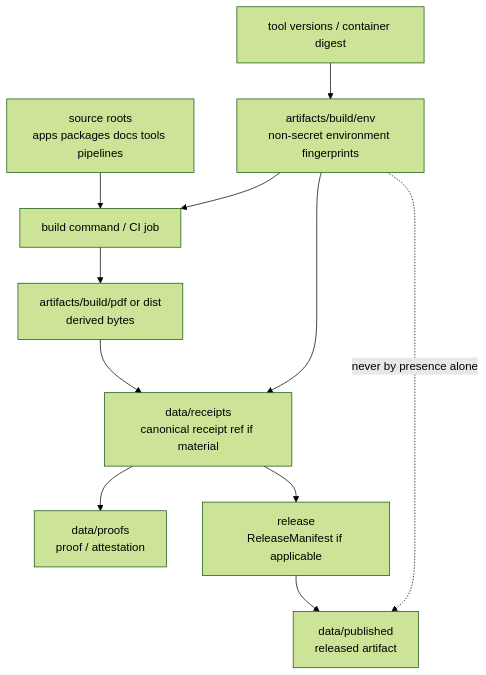
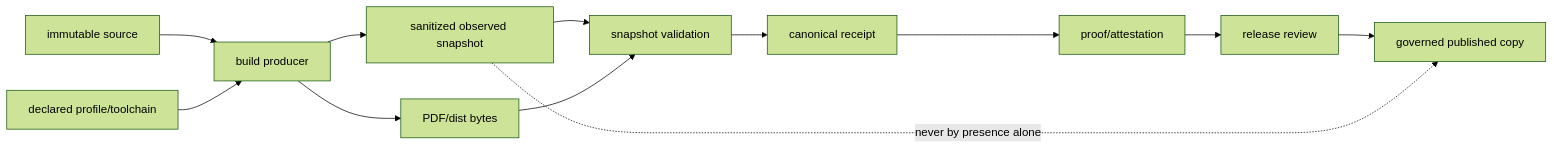
The diagram in artifacts/build/env/README.md (bartytime4life/Kansas-Frontier-Matrix), drawn with Mermaid (forest theme) before and after one commit. The commit also changed other lines of this file, not shown here.

Commit message:
docs(artifacts): ground build environment boundary

````diff
--- a/artifacts/build/env/README.md
+++ b/artifacts/build/env/README.md
@@ -179,13 +386,14 @@
 ```mermaid
-flowchart TD
-    source["source roots\napps packages docs tools pipelines"] --> build["build command / CI job"]
-    tools["tool versions / container digest"] --> env["artifacts/build/env\nnon-secret environment fingerprints"]
-    env --> build
-    build --> output["artifacts/build/pdf or dist\nderived bytes"]
-    env --> receipt["data/receipts\ncanonical receipt ref if material"]
-    output --> receipt
-    receipt --> proof["data/proofs\nproof / attestation"]
-    receipt --> release["release\nReleaseManifest if applicable"]
-    release --> published["data/published\nreleased artifact"]
-    env -. "never by presence alone" .-> published
+flowchart LR
+  SRC["immutable source"] --> BUILD["build producer"]
+  PROFILE["declared profile/toolchain"] --> BUILD
+  BUILD --> ENV["sanitized observed snapshot"]
+  BUILD --> OUT["PDF/dist bytes"]
+  ENV --> VAL["snapshot validation"]
+  OUT --> VAL
+  VAL --> REC["canonical receipt"]
+  REC --> PROOF["proof/attestation"]
+  PROOF --> REL["release review"]
+  REL --> PUB["governed published copy"]
+  ENV -. "never by presence alone" .-> PUB
 ```
````
